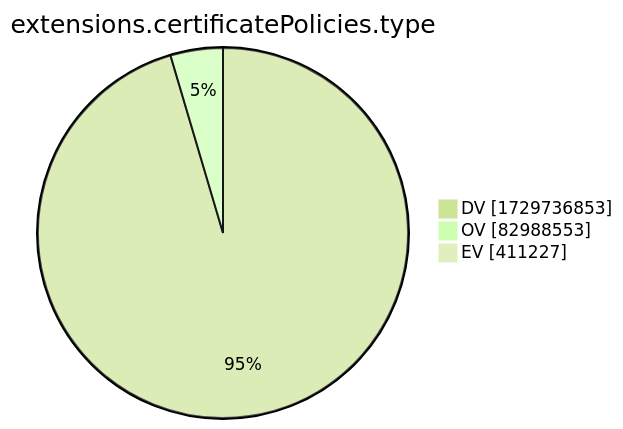
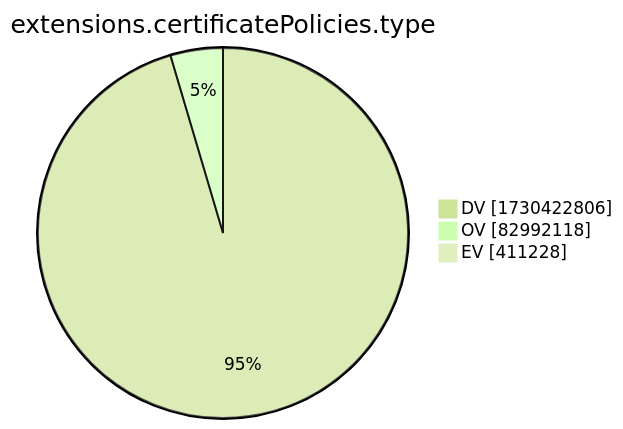
The tenth of 15 diagrams in xenon2022/README.md (christiankrug/ctmonitor_visualization), drawn with Mermaid (forest theme) before and after one commit. The commit also changed other lines of this file, not shown here.

````diff
--- a/xenon2022/README.md
+++ b/xenon2022/README.md
@@ -2881,7 +2881,7 @@
 ```mermaid
 pie showData
 title extensions.certificatePolicies.type
-"DV" :1729736853
-"OV" :82988553
-"EV" :411227
+"DV" :1730422806
+"OV" :82992118
+"EV" :411228
 ```
````
